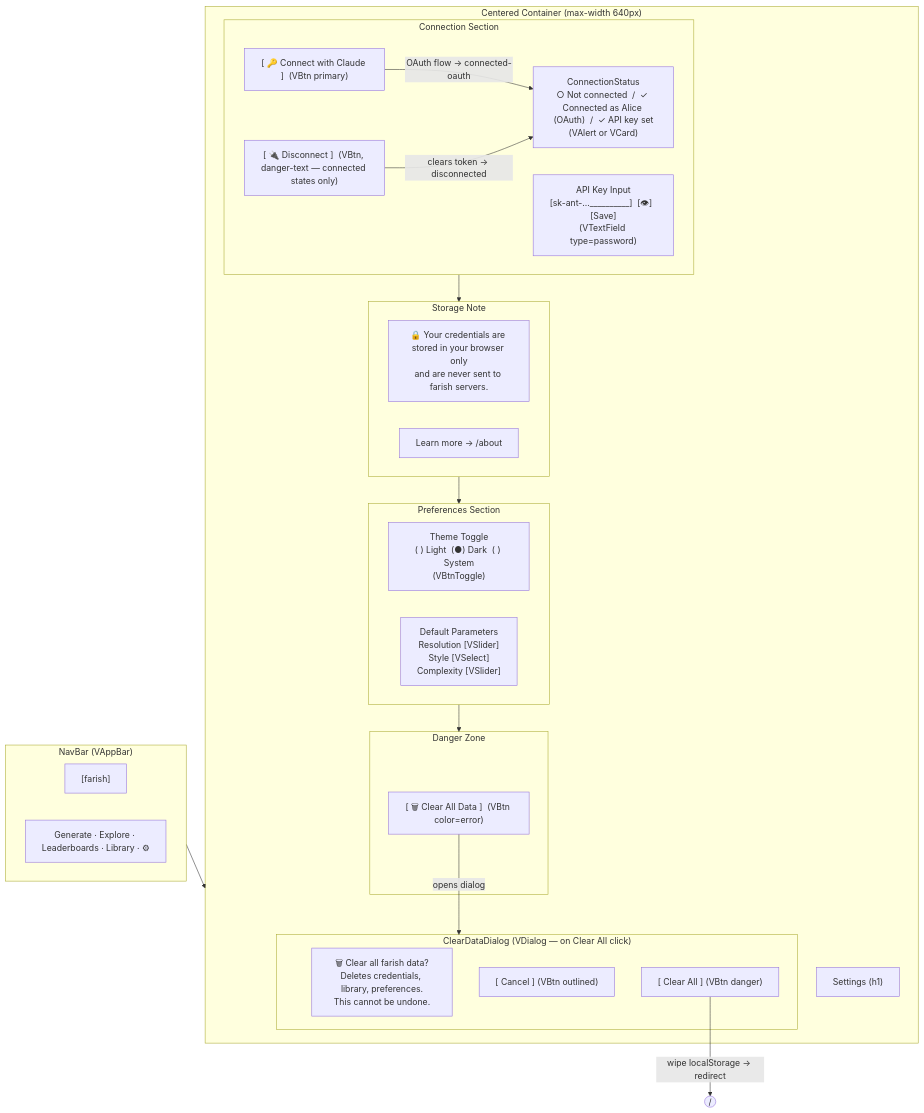
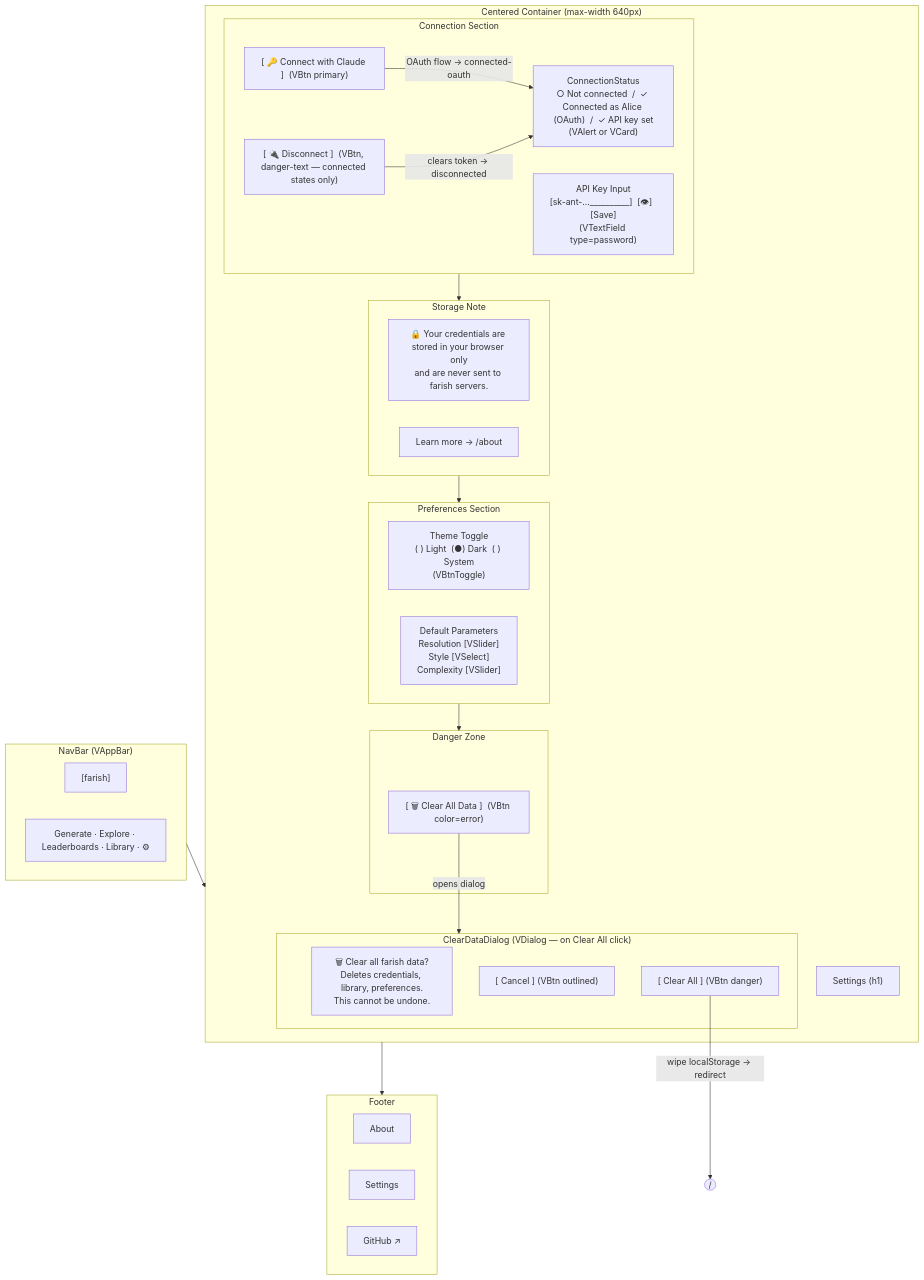
Before and after one commit to nsheaps/farish: the diagram in docs/pages/settings/wireframes/page.mermaid.md, drawn with Mermaid. The commit also changed other lines of this file and 30 other files, not shown here.

````diff
--- a/docs/pages/settings/wireframes/page.mermaid.md
+++ b/docs/pages/settings/wireframes/page.mermaid.md
@@ -3,45 +3,52 @@
 ```mermaid
 flowchart TB
     subgraph NavBar["NavBar (VAppBar)"]
         Logo["[farish]"]
         NavLinks["Generate · Explore · Leaderboards · Library · ⚙"]
     end
 
     subgraph Container["Centered Container (max-width 640px)"]
         PageTitle["Settings  (h1)"]
 
         subgraph ConnectionSection["Connection Section"]
             ConnectionStatus["ConnectionStatus\n○ Not connected  /  ✓ Connected as Alice (OAuth)  /  ✓ API key set\n(VAlert or VCard)"]
             ConnectBtn["[ 🔑 Connect with Claude ]  (VBtn primary)"]
             APIKeyInput["API Key Input\n[sk-ant-…__________]  [👁]  [Save]\n(VTextField type=password)"]
             DisconnectBtn["[ 🔌 Disconnect ]  (VBtn, danger-text — connected states only)"]
         end
 
         subgraph StorageNote_node["Storage Note"]
             PrivacyText["🔒 Your credentials are stored in your browser only\nand are never sent to farish servers."]
             AboutLink["Learn more → /about"]
         end
 
         subgraph Preferences["Preferences Section"]
             ThemeToggle_node["Theme Toggle\n( ) Light  (●) Dark  ( ) System\n(VBtnToggle)"]
             DefaultParamsEditor_node["Default Parameters\nResolution  [VSlider]\nStyle       [VSelect]\nComplexity  [VSlider]"]
         end
 
         subgraph DangerZone["Danger Zone"]
             ClearDataBtn["[ 🗑 Clear All Data ]  (VBtn color=error)"]
         end
 
         subgraph ClearDialog["ClearDataDialog (VDialog — on Clear All click)"]
             ClearMsg["🗑 Clear all farish data?\nDeletes credentials, library, preferences.\nThis cannot be undone."]
             CancelBtn["[ Cancel ]  (VBtn outlined)"]
             ConfirmBtn["[ Clear All ]  (VBtn danger)"]
         end
     end
 
+    subgraph Footer["Footer"]
+        AboutLink_f["About"]
+        SettingsLink_f["Settings"]
+        GithubLink_f["GitHub ↗"]
+    end
+
     NavBar --> Container
+    Container --> Footer
     ConnectionSection --> StorageNote_node --> Preferences --> DangerZone
     ClearDataBtn -->|"opens dialog"| ClearDialog
     ConfirmBtn -->|"wipe localStorage → redirect"| HomePage(("/"))
     ConnectBtn -->|"OAuth flow → connected-oauth"| ConnectionStatus
     DisconnectBtn -->|"clears token → disconnected"| ConnectionStatus
 ```
````
